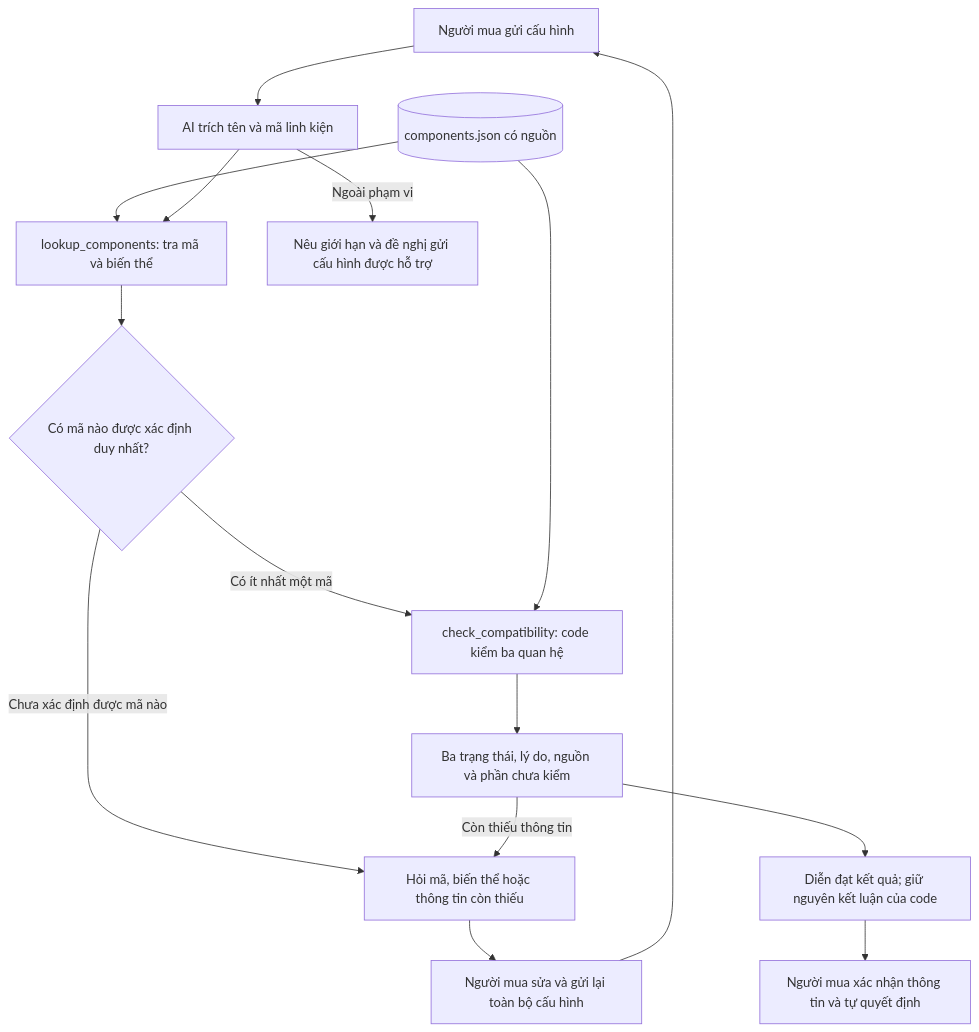
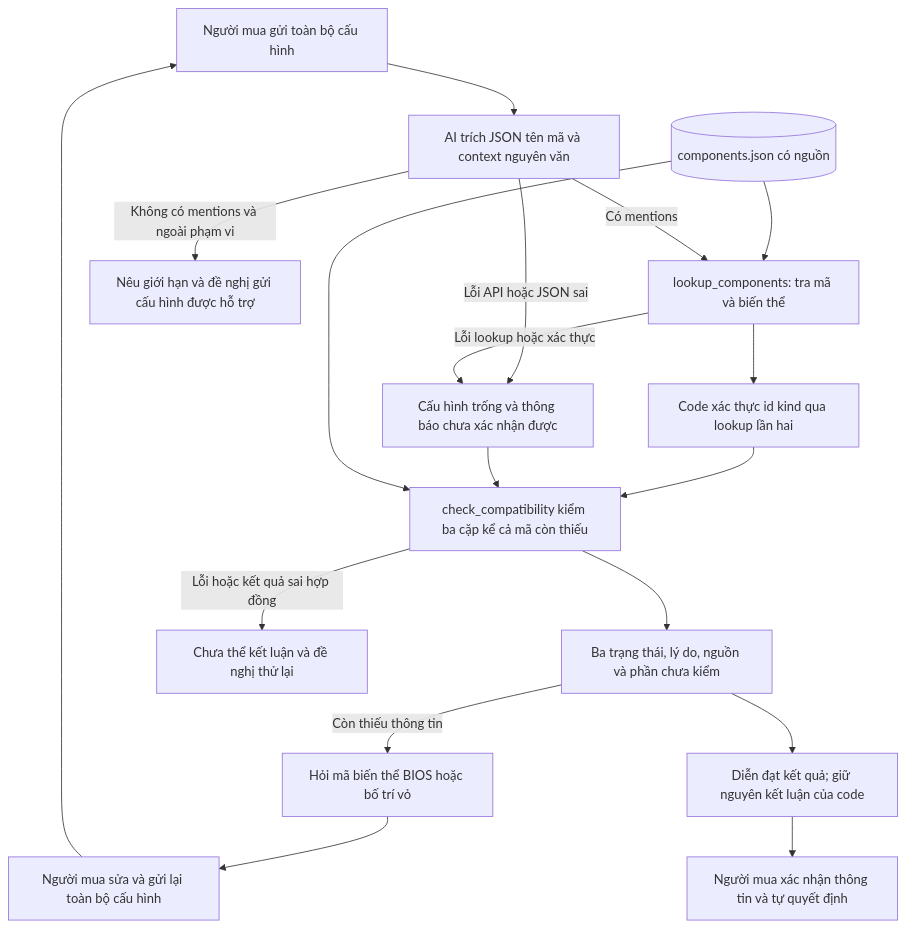
One commit to tdisokay2/K5-Day15-L3A-LoiChoi changed the diagram in spec.md. Above: the diagram before and after it, drawn with Mermaid. The commit also changed other lines of this file and 9 other files, not shown here.

````diff
--- a/spec.md
+++ b/spec.md
@@ -54,17 +54,20 @@
 ```mermaid
 flowchart TD
-    A[Người mua gửi cấu hình] --> B[AI trích tên và mã linh kiện]
+    A[Người mua gửi toàn bộ cấu hình] --> B[AI trích JSON tên mã và context nguyên văn]
     D[(components.json có nguồn)] --> C[lookup_components: tra mã và biến thể]
-    B --> C
-    C --> Q{Có mã nào được xác định duy nhất?}
-    Q -->|Chưa xác định được mã nào| H[Hỏi mã, biến thể hoặc thông tin còn thiếu]
+    B -->|Có mentions| C
+    C --> V[Code xác thực id kind qua lookup lần hai]
+    V --> K[check_compatibility kiểm ba cặp kể cả mã còn thiếu]
+    B -->|Lỗi API hoặc JSON sai| F[Cấu hình trống và thông báo chưa xác nhận được]
+    C -->|Lỗi lookup hoặc xác thực| F
+    F --> K
+    R -->|Còn thiếu thông tin| H[Hỏi mã biến thể BIOS hoặc bố trí vỏ]
     H --> U[Người mua sửa và gửi lại toàn bộ cấu hình]
     U --> A
-    Q -->|Có ít nhất một mã| K[check_compatibility: code kiểm ba quan hệ]
     D --> K
     K --> R[Ba trạng thái, lý do, nguồn và phần chưa kiểm]
     R --> E[Diễn đạt kết quả; giữ nguyên kết luận của code]
     E --> P[Người mua xác nhận thông tin và tự quyết định]
-    R -->|Còn thiếu thông tin| H
-    B -->|Ngoài phạm vi| O[Nêu giới hạn và đề nghị gửi cấu hình được hỗ trợ]
+    K -->|Lỗi hoặc kết quả sai hợp đồng| X[Chưa thể kết luận và đề nghị thử lại]
+    B -->|Không có mentions và ngoài phạm vi| O[Nêu giới hạn và đề nghị gửi cấu hình được hỗ trợ]
 ```
````
